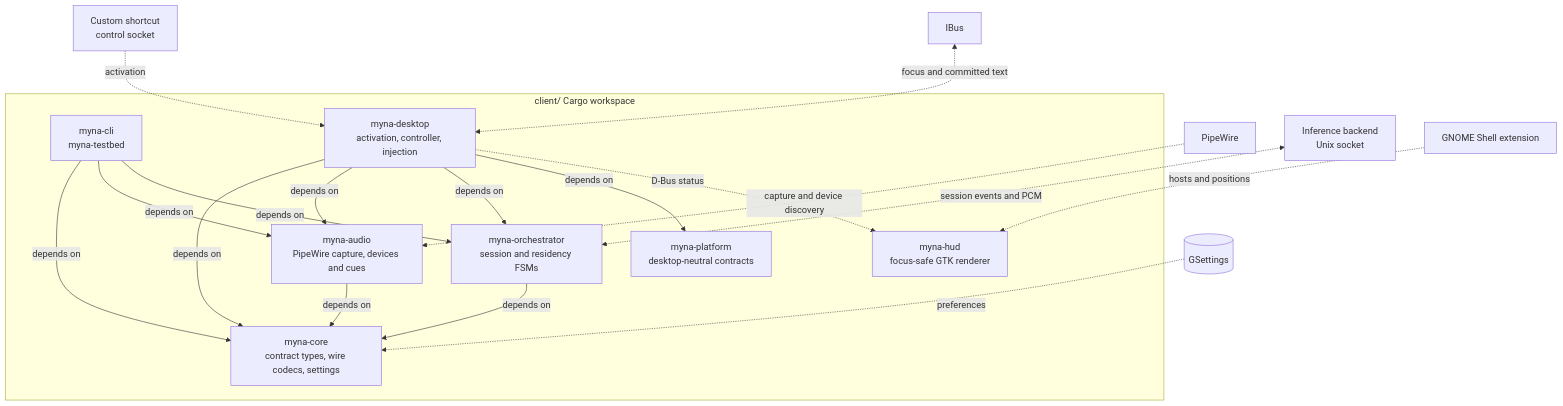
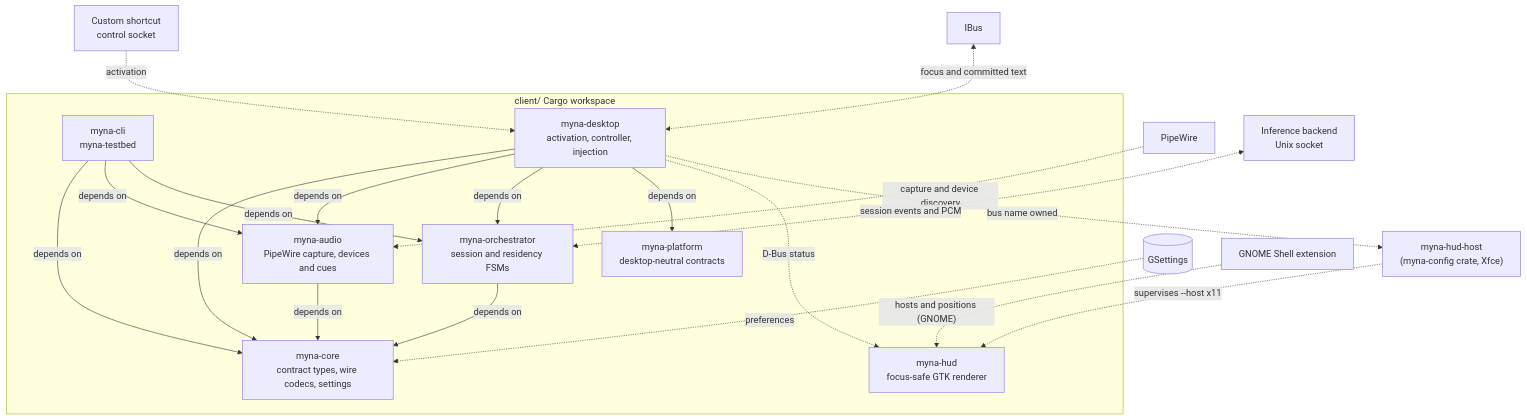
One commit to canonical/myna changed the diagram in client/.kb/crate-architecture.md. Above: the diagram before and after it, drawn with Mermaid. The commit also changed other lines of this file and 1 other file, not shown here.

Commit message:
docs(arch): the Xfce HUD host beside the GNOME extension
The system and crate diagrams showed only the Shell extension hosting the HUD.

````diff
--- a/client/.kb/crate-architecture.md
+++ b/client/.kb/crate-architecture.md
@@ -11,30 +11,32 @@
 ```mermaid
 flowchart TB
     subgraph workspace["client/ Cargo workspace"]
         core["myna-core<br/>contract types, wire codecs, settings"]
         platform["myna-platform<br/>desktop-neutral contracts"]
         audio["myna-audio<br/>PipeWire capture, devices and cues"]
         orchestrator["myna-orchestrator<br/>session and residency FSMs"]
         cli["myna-cli<br/>myna-testbed"]
         desktop["myna-desktop<br/>activation, controller, injection"]
         hud["myna-hud<br/>focus-safe GTK renderer"]
 
         audio -->|"depends on"| core
         orchestrator -->|"depends on"| core
         cli -->|"depends on"| core
         cli -->|"depends on"| audio
         cli -->|"depends on"| orchestrator
         desktop -->|"depends on"| core
         desktop -->|"depends on"| audio
         desktop -->|"depends on"| orchestrator
         desktop -->|"depends on"| platform
     end
 
     pipewire["PipeWire"] -.->|"capture and device discovery"| audio
     backend["Inference backend<br/>Unix socket"] <-.->|"session events and PCM"| orchestrator
     gsettings[("GSettings")] -.->|"preferences"| core
     shortcut["Custom shortcut<br/>control socket"] -.->|"activation"| desktop
     ibus["IBus"] <-.->|"focus and committed text"| desktop
     desktop -.->|"D-Bus status"| hud
-    shell["GNOME Shell extension"] -.->|"hosts and positions"| hud
+    shell["GNOME Shell extension"] -.->|"hosts and positions (GNOME)"| hud
+    hudhost["myna-hud-host<br/>(myna-config crate, Xfce)"] -.->|"supervises --host x11"| hud
+    desktop -.->|"bus name owned"| hudhost
 ```
````
